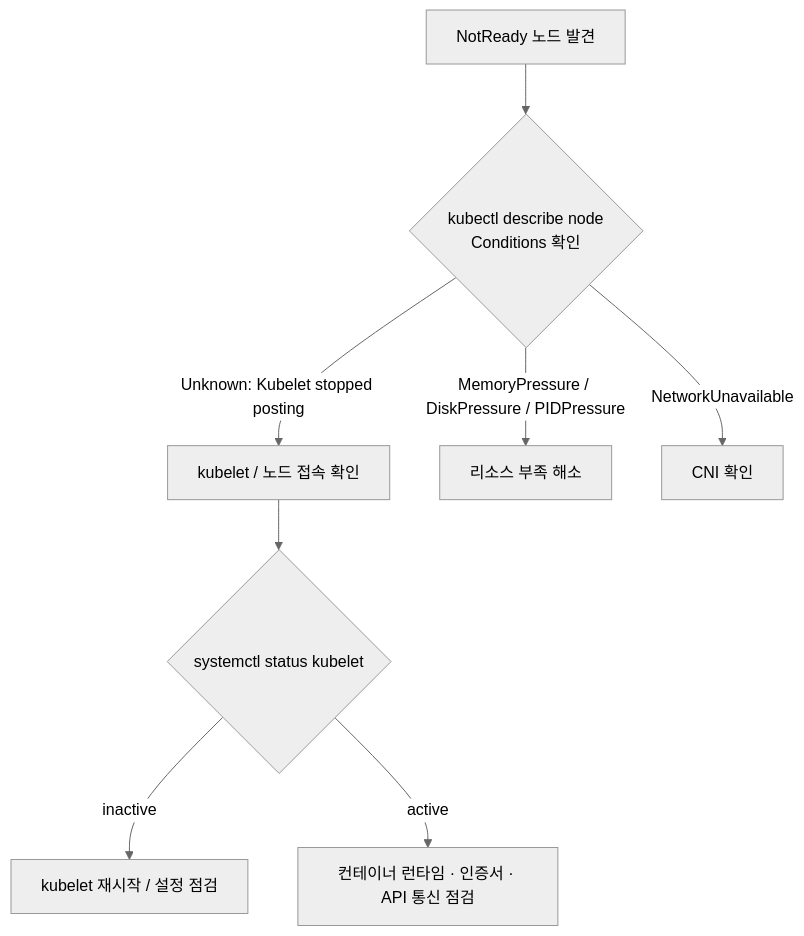
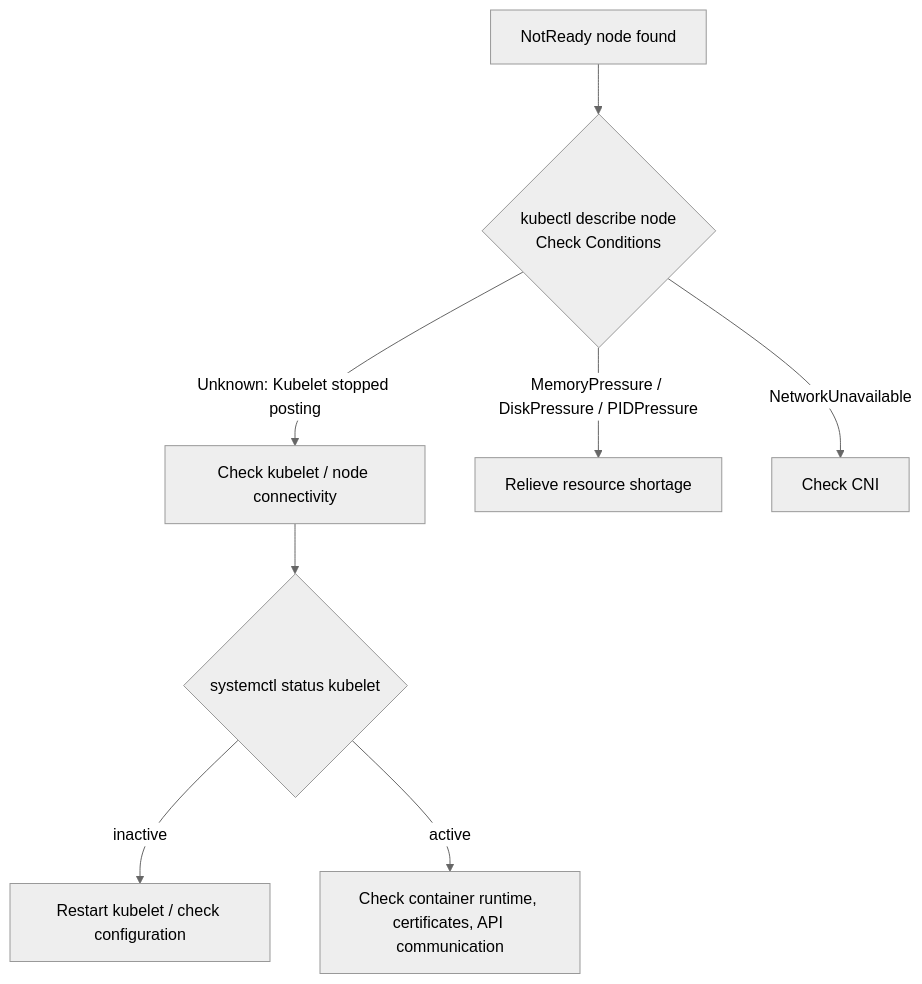
Before and after one commit to jeonck/k8s-adv: the diagram in content/usecases/48-uc-node-not-ready.md, drawn with Mermaid (neutral theme). The commit also changed other lines of this file and 223 other files, not shown here.

````diff
--- a/content/usecases/48-uc-node-not-ready.md
+++ b/content/usecases/48-uc-node-not-ready.md
@@ -17,10 +17,10 @@
 ```mermaid
 flowchart TD
-    A[NotReady 노드 발견] --> B{kubectl describe node<br/>Conditions 확인}
-    B -->|Unknown: Kubelet stopped posting| C[kubelet / 노드 접속 확인]
-    B -->|MemoryPressure / DiskPressure / PIDPressure| D[리소스 부족 해소]
-    B -->|NetworkUnavailable| E[CNI 확인]
+    A["NotReady node found"] --> B{"kubectl describe node<br/>Check Conditions"}
+    B -->|Unknown: Kubelet stopped posting| C["Check kubelet / node connectivity"]
+    B -->|MemoryPressure / DiskPressure / PIDPressure| D["Relieve resource shortage"]
+    B -->|NetworkUnavailable| E["Check CNI"]
     C --> F{systemctl status kubelet}
-    F -->|inactive| G[kubelet 재시작 / 설정 점검]
-    F -->|active| H[컨테이너 런타임 · 인증서 · API 통신 점검]
+    F -->|inactive| G["Restart kubelet / check configuration"]
+    F -->|active| H["Check container runtime, certificates, API communication"]
 ```
````
